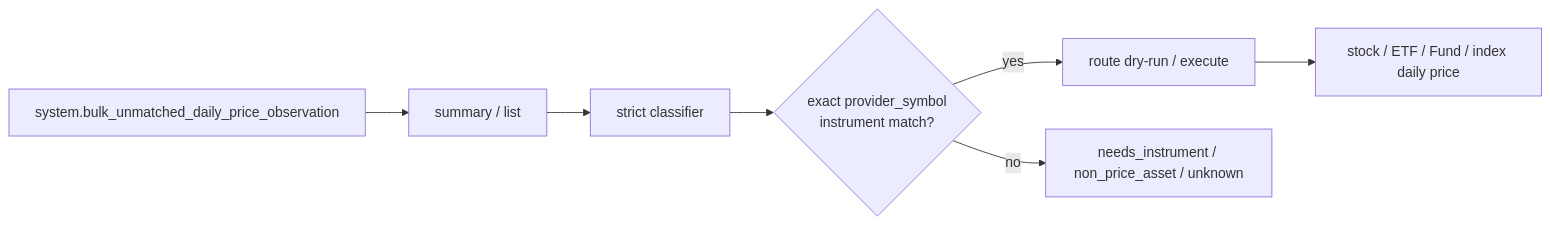
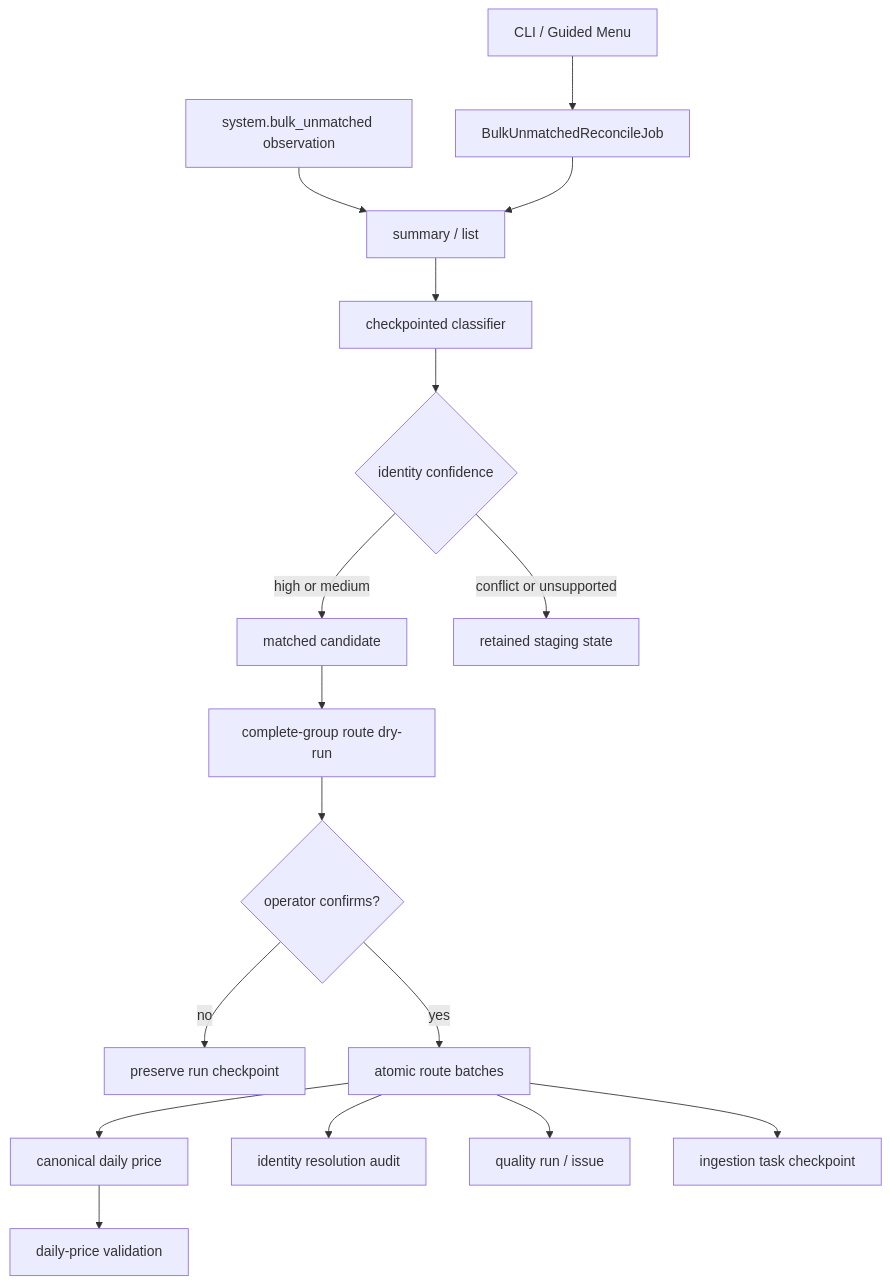
Before and after one commit to jay-den-21/Meridian-J21-quant-terminal: the fourth of 5 diagrams in database_system_cli/docs/architecture.md, drawn with Mermaid. The commit also changed other lines of this file and 38 other files, not shown here.

Commit message:
Add guided Bulk reconciliation workflow

````diff
--- a/database_system_cli/docs/architecture.md
+++ b/database_system_cli/docs/architecture.md
@@ -314,14 +314,19 @@
 ```mermaid
-flowchart LR
-    Raw["system.bulk_unmatched_daily_price_observation"]
-    Summary["summary / list"]
-    Classify["strict classifier"]
-    Match{"exact provider_symbol<br/>instrument match?"}
-    Route["route dry-run / execute"]
-    Price["stock / ETF / Fund / index daily price"]
-    Hold["needs_instrument / non_price_asset / unknown"]
-
-    Raw --> Summary --> Classify --> Match
-    Match -- yes --> Route --> Price
-    Match -- no --> Hold
+flowchart TB
+    Input["CLI / Guided Menu"] --> Job["BulkUnmatchedReconcileJob"]
+    Raw["system.bulk_unmatched observation"] --> Summary["summary / list"]
+    Job --> Summary
+    Summary --> Classify["checkpointed classifier"]
+    Classify --> Decision{"identity confidence"}
+    Decision -- high or medium --> Matched["matched candidate"]
+    Decision -- conflict or unsupported --> Hold["retained staging state"]
+    Matched --> Preview["complete-group route dry-run"]
+    Preview --> Confirm{"operator confirms?"}
+    Confirm -- no --> Resume["preserve run checkpoint"]
+    Confirm -- yes --> Route["atomic route batches"]
+    Route --> Price["canonical daily price"]
+    Route --> Audit["identity resolution audit"]
+    Route --> Quality["quality run / issue"]
+    Route --> Checkpoint["ingestion task checkpoint"]
+    Price --> Validate["daily-price validation"]
 ```
````
